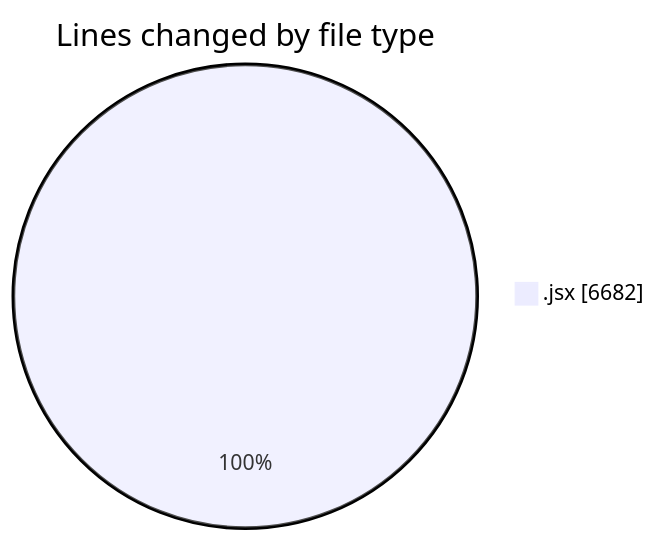
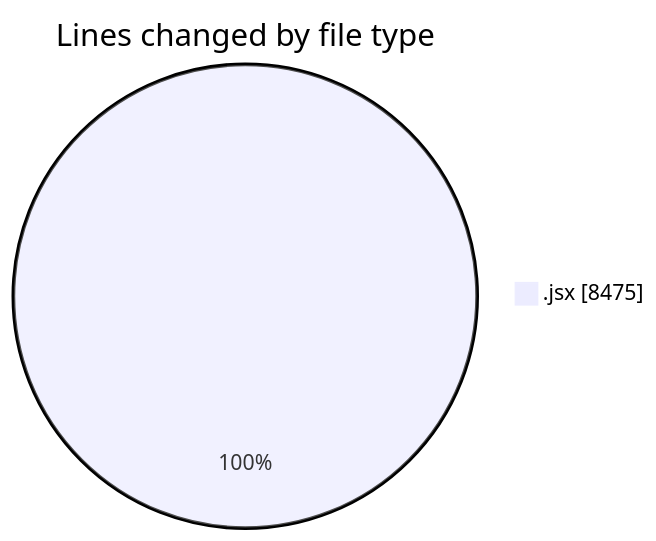
One commit to nxtqubesakshisongat/code-tracking changed the first of 2 diagrams in 2025-09-29/nxtqube_webapp/README.md. Above: the diagram before and after it, drawn with Mermaid. The commit also changed other lines of this file and 1 other file, not shown here.

````diff
--- a/2025-09-29/nxtqube_webapp/README.md
+++ b/2025-09-29/nxtqube_webapp/README.md
@@ -20,5 +20,5 @@
 ```mermaid
 pie showData
 title Lines changed by file type
-".jsx" : 6682
+".jsx" : 8475
 ```
````
